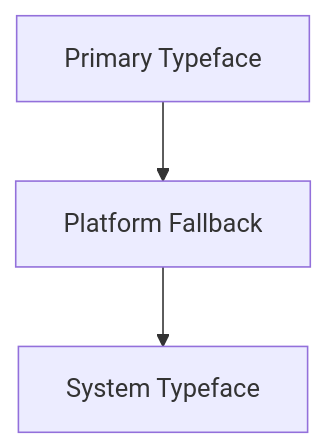
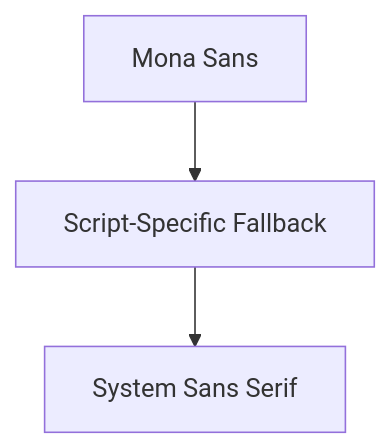
The third of 4 diagrams in docs/design/system/mds-004-typography-system/09-platform-typography.md (mosaic-media/mosaic-architecture), drawn with Mermaid before and after one commit. The commit also changed other lines of this file and 13 other files, not shown here.

````diff
--- a/docs/design/system/mds-004-typography-system/09-platform-typography.md
+++ b/docs/design/system/mds-004-typography-system/09-platform-typography.md
@@ -185,10 +201,10 @@
 ```mermaid
 flowchart TD
 
-N1["Primary Typeface"]
-N2["Platform Fallback"]
-N3["System Typeface"]
+N1["Mona Sans"]
+N2["Script-Specific Fallback"]
+N3["System Sans Serif"]
 
 N1 --> N2
 N2 --> N3
 ```
````
